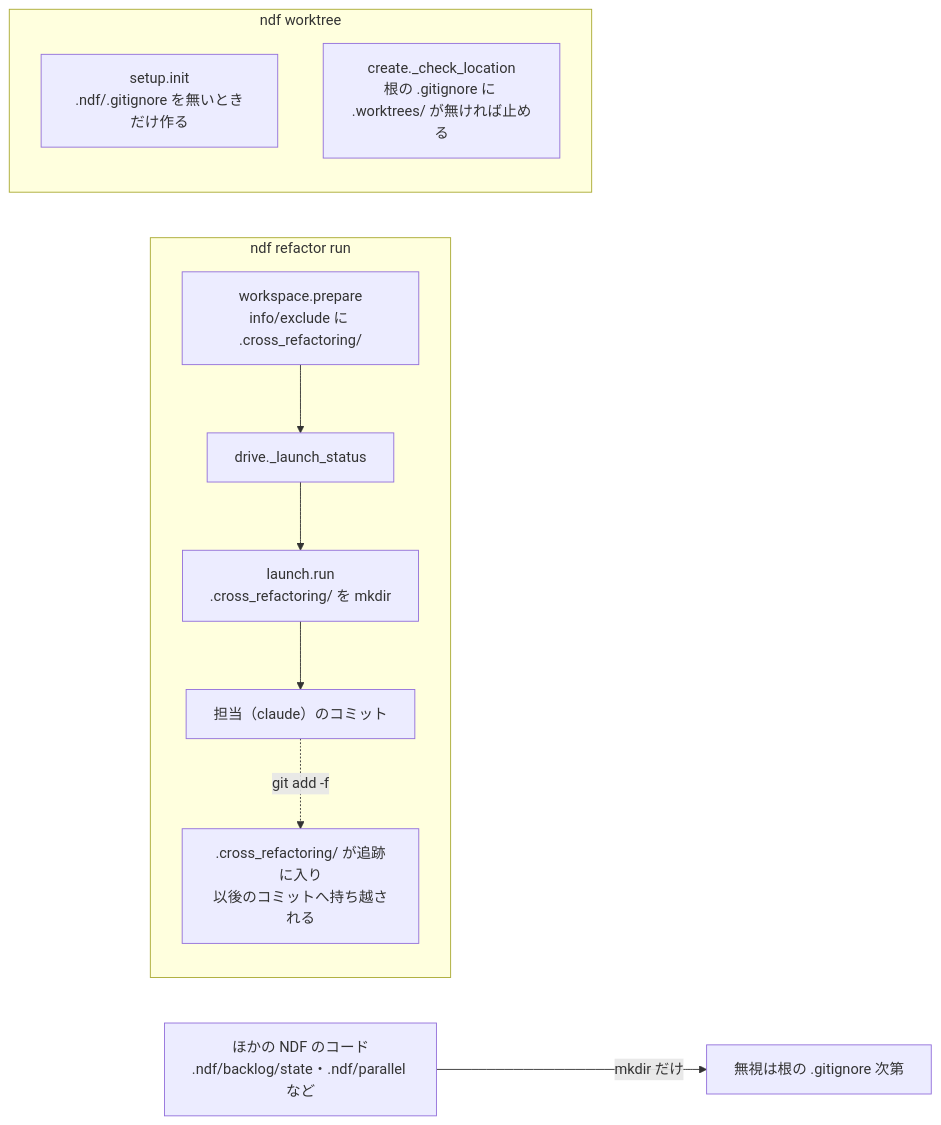
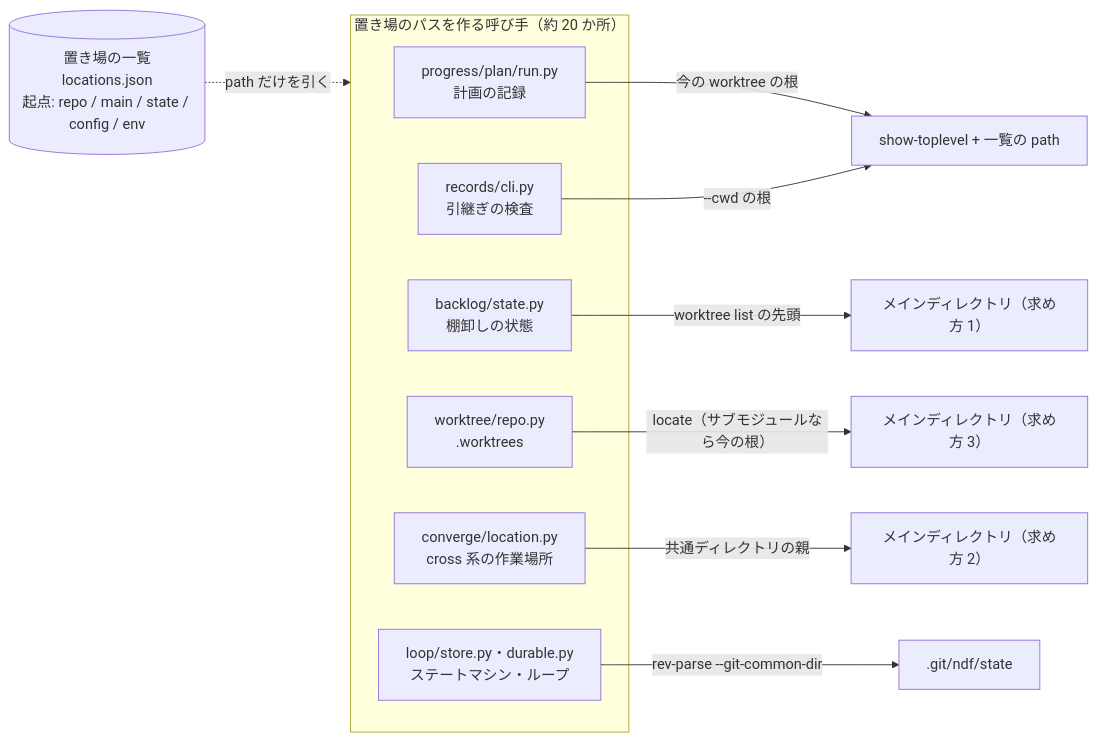
The first of 2 diagrams in issues/issue-3500-design.md (devbasex/ai-plugins), drawn with Mermaid before and after one commit. The commit also changed other lines of this file and 2 other files, not shown here.

````diff
--- a/issues/issue-3500-design.md
+++ b/issues/issue-3500-design.md
@@ -9,14 +9,18 @@
 ```mermaid
 flowchart LR
-  subgraph refactor["ndf refactor run"]
-    P["workspace.prepare<br/>info/exclude に .cross_refactoring/"] --> D["drive._launch_status"]
-    D --> L["launch.run<br/>.cross_refactoring/ を mkdir"]
-    L --> F["担当（claude）のコミット"]
-    F -.->|"git add -f"| X[".cross_refactoring/ が追跡に入り<br/>以後のコミットへ持ち越される"]
+  subgraph callers["置き場のパスを作る呼び手（約 20 か所）"]
+    A["progress/plan/run.py<br/>計画の記録"]
+    B["backlog/state.py<br/>棚卸しの状態"]
+    C["worktree/repo.py<br/>.worktrees"]
+    D["converge/location.py<br/>cross 系の作業場所"]
+    E["records/cli.py<br/>引継ぎの検査"]
+    F["loop/store.py・durable.py<br/>ステートマシン・ループ"]
   end
-  subgraph wt["ndf worktree"]
-    I["setup.init<br/>.ndf/.gitignore を無いときだけ作る"]
-    C["create._check_location<br/>根の .gitignore に .worktrees/ が無ければ止める"]
-  end
-  O["ほかの NDF のコード<br/>.ndf/backlog/state・.ndf/parallel など"] -->|"mkdir だけ"| N["無視は根の .gitignore 次第"]
+  A -->|"今の worktree の根"| X1["show-toplevel + 一覧の path"]
+  E -->|"--cwd の根"| X1
+  B -->|"worktree list の先頭"| X2["メインディレクトリ（求め方 1）"]
+  D -->|"共通ディレクトリの親"| X3["メインディレクトリ（求め方 2）"]
+  C -->|"locate（サブモジュールなら今の根）"| X4["メインディレクトリ（求め方 3）"]
+  F -->|"rev-parse --git-common-dir"| X5[".git/ndf/state"]
+  L[("置き場の一覧<br/>locations.json<br/>起点: repo / main / state / config / env")] -.->|"path だけを引く"| callers
 ```
````
